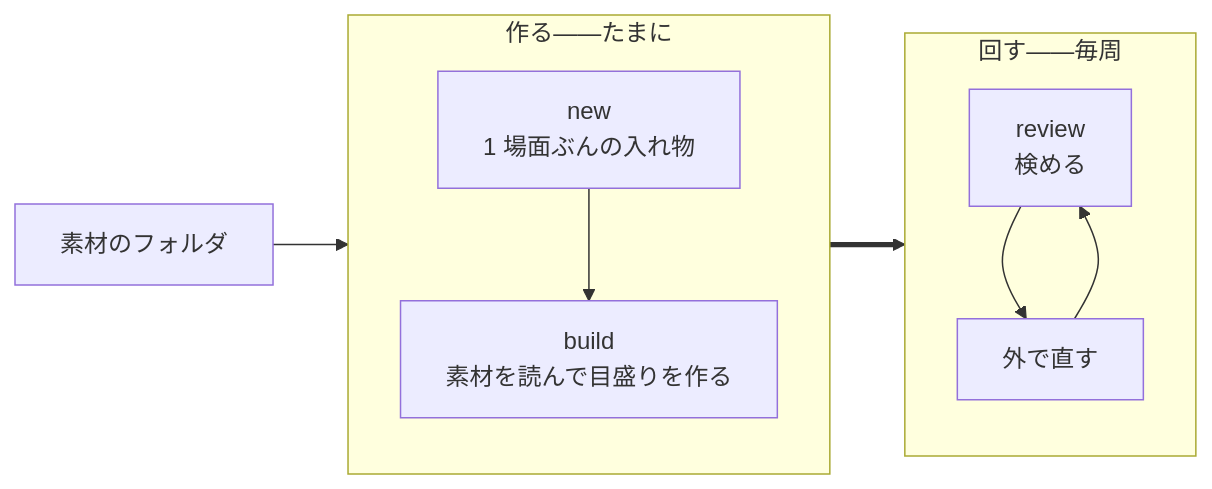
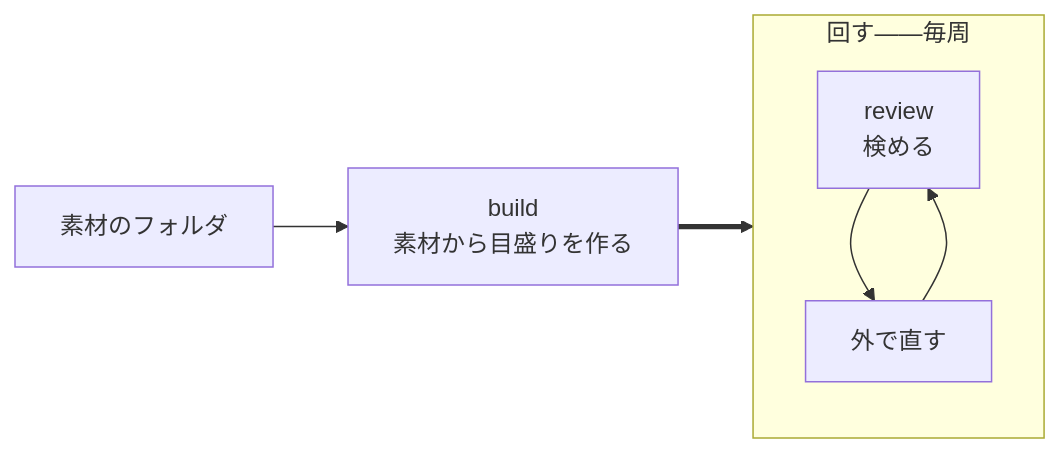
One commit to lambdalisue/kuchiyose changed the diagram in docs/design/200-command.md. Above: the diagram before and after it, drawn with Mermaid. The commit also changed other lines of this file and 3 other files, not shown here.

````diff
--- a/docs/design/200-command.md
+++ b/docs/design/200-command.md
@@ -15,14 +15,10 @@
 ```mermaid
 flowchart LR
-  subgraph make["作る——たまに"]
-    direction TB
-    new["new<br/>1 場面ぶんの入れ物"] --> build["build<br/>素材を読んで目盛りを作る"]
-  end
+  src["素材のフォルダ"] --> build["build<br/>素材から目盛りを作る"]
   subgraph loop["回す——毎周"]
     direction TB
     review["review<br/>検める"] --> fix["外で直す"]
     fix --> review
   end
-  src["素材のフォルダ"] --> build
   build ==> review
 ```
````
